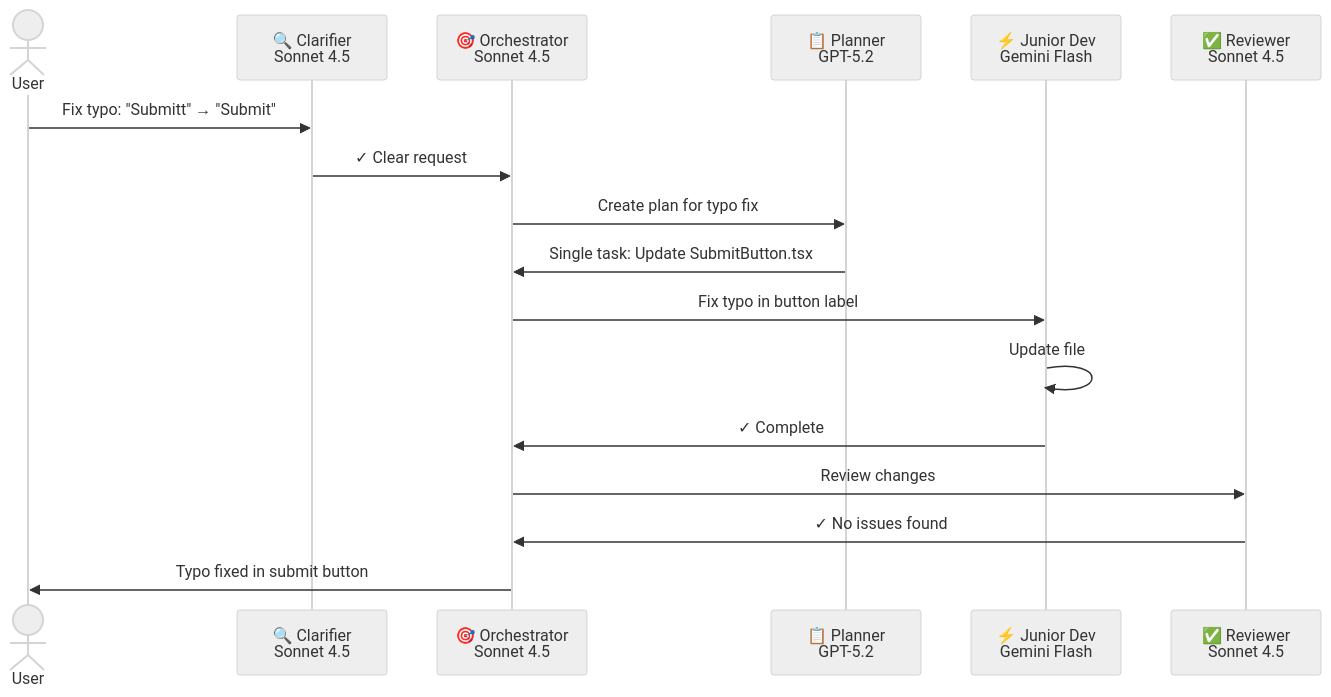
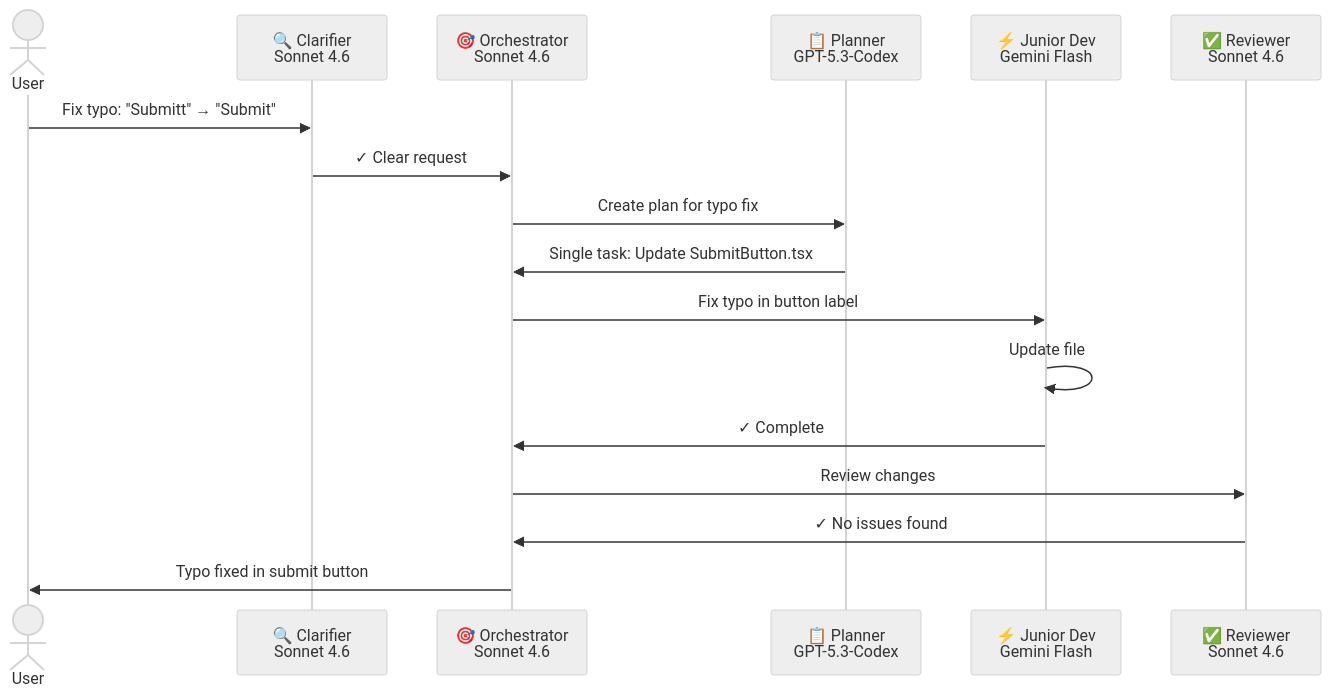
The second of 5 diagrams in README.md (Mhack03/vscode-agents), drawn with Mermaid (neutral theme) before and after one commit. The commit also changed other lines of this file and 198 other files, not shown here.

````diff
--- a/README.md
+++ b/README.md
@@ -123,20 +130,20 @@
 ```mermaid
 sequenceDiagram
     actor User
-    participant C as 🔍 Clarifier<br/>Sonnet 4.5
-    participant O as 🎯 Orchestrator<br/>Sonnet 4.5
-    participant P as 📋 Planner<br/>GPT-5.2
+    participant C as 🔍 Clarifier<br/>Sonnet 4.6
+    participant O as 🎯 Orchestrator<br/>Sonnet 4.6
+    participant P as 📋 Planner<br/>GPT-5.3-Codex
     participant JD as ⚡ Junior Dev<br/>Gemini Flash
-    participant R as ✅ Reviewer<br/>Sonnet 4.5
-    
+    participant R as ✅ Reviewer<br/>Sonnet 4.6
+
     User->>C: Fix typo: "Submitt" → "Submit"
     C->>O: ✓ Clear request
     O->>P: Create plan for typo fix
     P->>O: Single task: Update SubmitButton.tsx
     O->>JD: Fix typo in button label
     JD->>JD: Update file
     JD->>O: ✓ Complete
     O->>R: Review changes
     R->>O: ✓ No issues found
     O->>User: Typo fixed in submit button
 ```
````
